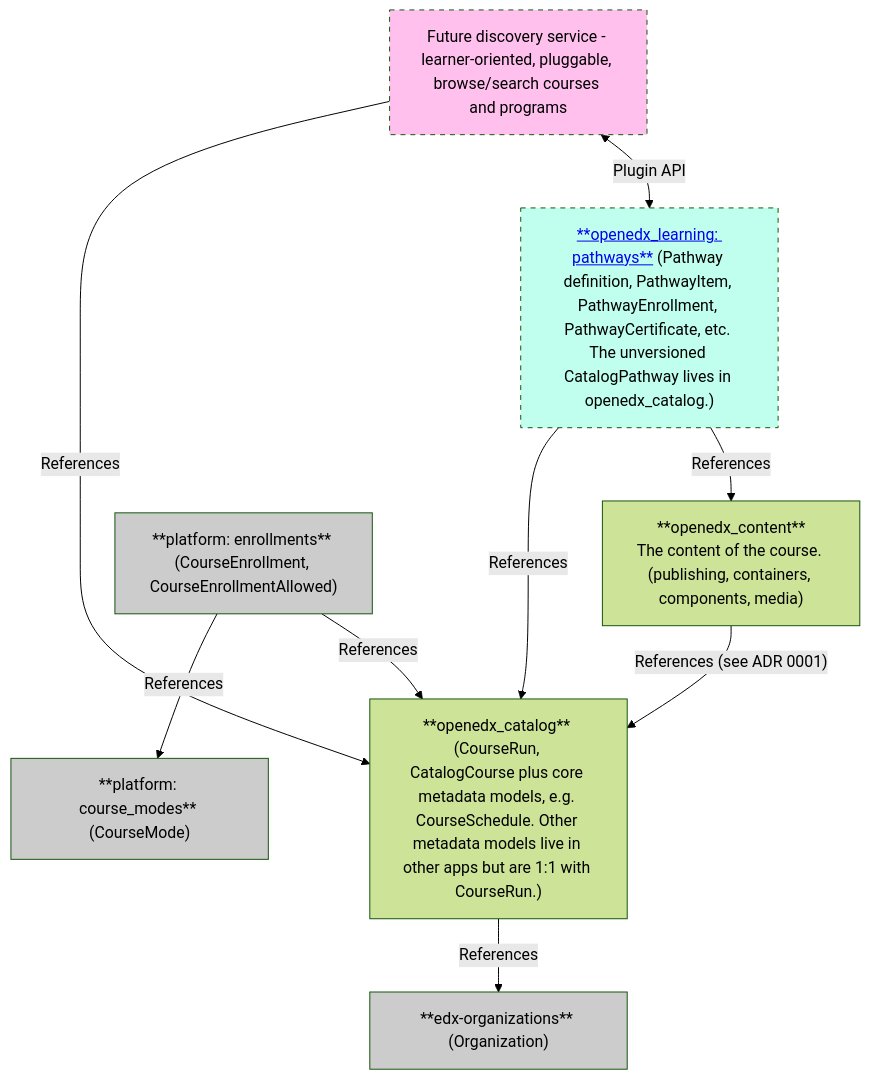
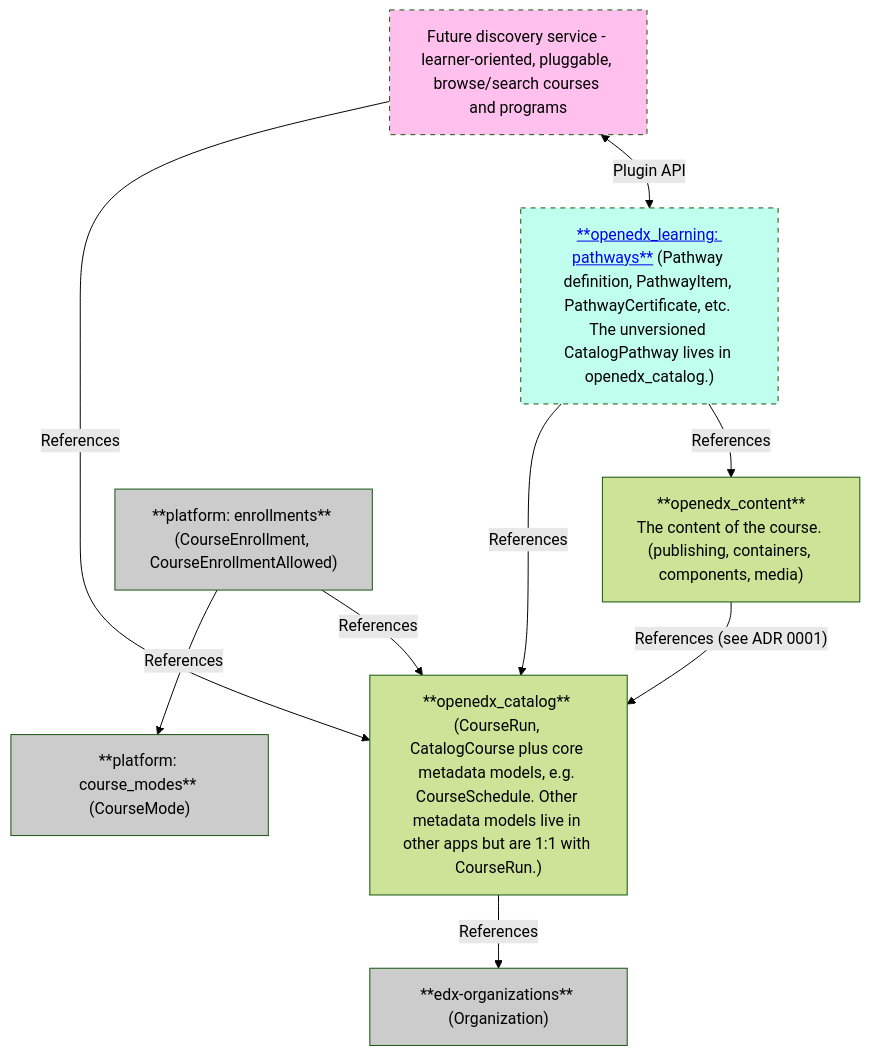
The diagram in src/openedx_catalog/ARCHITECTURE.md (openedx/openedx-core), drawn with Mermaid before and after one commit.

Commit message:
docs: remove mention of PathwayEnrollment in 'learning' app

````diff
--- a/src/openedx_catalog/ARCHITECTURE.md
+++ b/src/openedx_catalog/ARCHITECTURE.md
@@ -7,30 +7,30 @@
 ```mermaid
 ---
 config:
   theme: 'forest'
 ---
 flowchart TB
     Catalog["**openedx_catalog** (CourseRun, CatalogCourse plus core metadata models, e.g. CourseSchedule. Other metadata models live in other apps but are 1:1 with CourseRun.)"]
     Content["**openedx_content**<br>The content of the course. (publishing, containers, components, media)"]
     Organizations["**edx-organizations** (Organization)"]
     Enrollments["**platform: enrollments** (CourseEnrollment, CourseEnrollmentAllowed)"]
     Modes["**platform: course_modes** (CourseMode)"]
     Content -- "References (see ADR 0001)" --> Catalog
     Catalog -- References --> Organizations
     Enrollments -- References --> Modes
     Enrollments -- References --> Catalog
 
     style Enrollments fill:#ccc
     style Modes fill:#ccc
     style Organizations fill:#ccc
 
-    Pathways["<a href='https://openedx.atlassian.net/wiki/spaces/OEPM/pages/5148147732/Brief+Modular+Content+Delivery+-+Platform+Strategy'>**openedx_learning: pathways**</a> (Pathway definition, PathwayItem, PathwayEnrollment, PathwayCertificate, etc. The unversioned CatalogPathway lives in openedx_catalog.)"]
+    Pathways["<a href='https://openedx.atlassian.net/wiki/spaces/OEPM/pages/5148147732/Brief+Modular+Content+Delivery+-+Platform+Strategy'>**openedx_learning: pathways**</a> (Pathway definition, PathwayItem, PathwayCertificate, etc. The unversioned CatalogPathway lives in openedx_catalog.)"]
     Pathways -- References --> Catalog
     Pathways -- References --> Content
 
     style Pathways fill:#c0ffee,stroke-dasharray: 5 5
 
     FutureCatalog["Future discovery service - learner-oriented, pluggable, browse/search courses and programs"] -- References --> Catalog
     FutureCatalog <-- Plugin API --> Pathways
     style FutureCatalog fill:#ffc0ee,stroke-dasharray: 5 5
 ```
````
